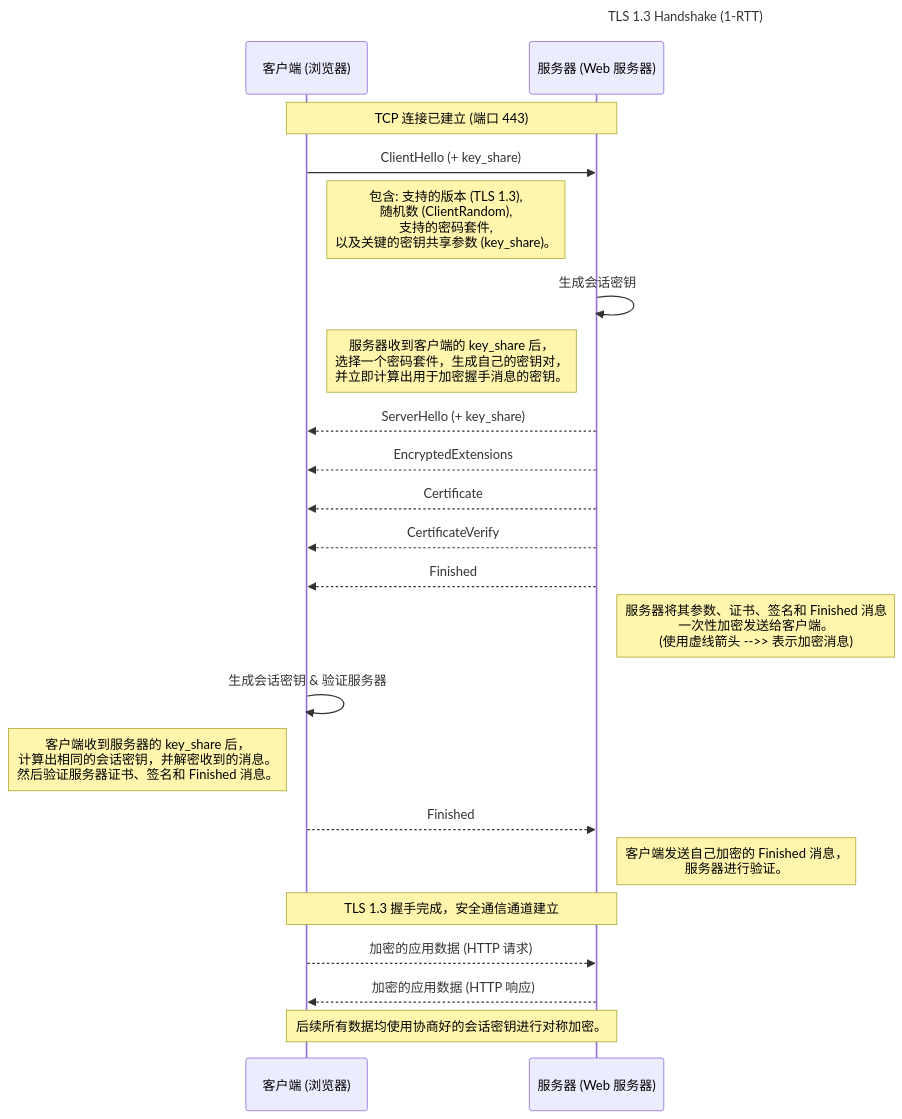
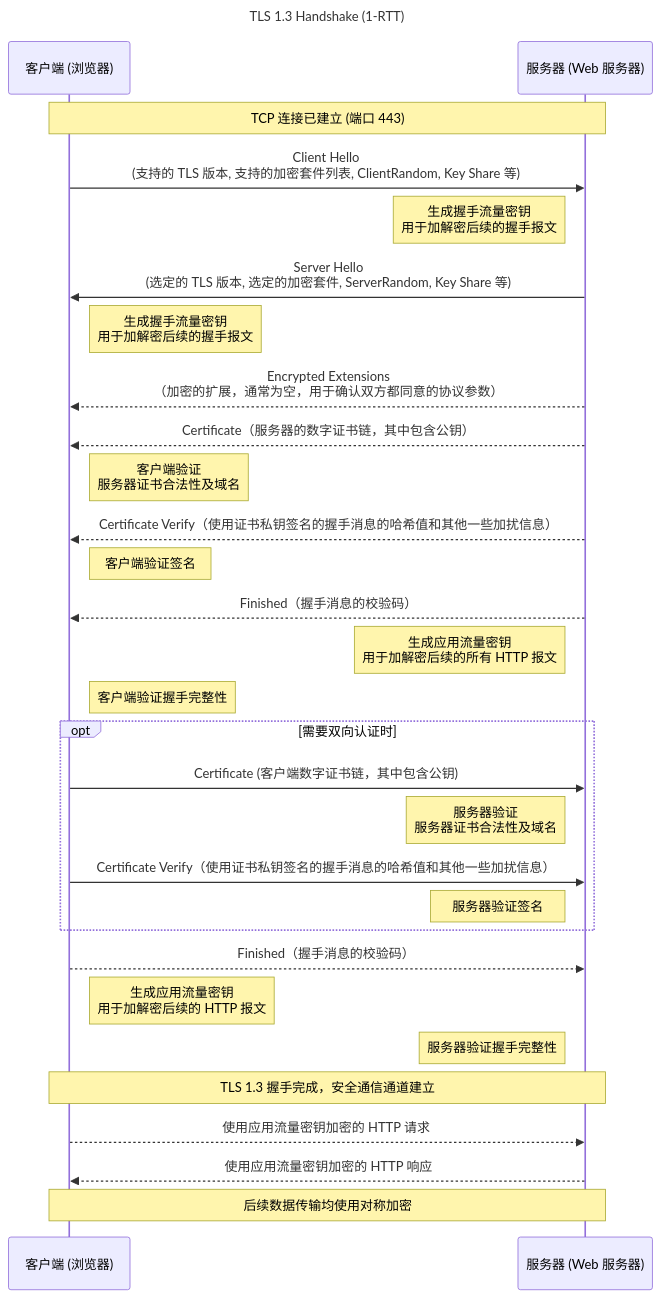
The second of 2 diagrams in _posts/2024-01-07-CNSUM.md (ReAllTh/memo), drawn with Mermaid before and after one commit. The commit also changed other lines of this file, not shown here.

Commit message:
update: add tls 1.3 connection establishment mermaid

````diff
--- a/_posts/2024-01-07-CNSUM.md
+++ b/_posts/2024-01-07-CNSUM.md
@@ -234,34 +234,37 @@
 ```mermaid
 sequenceDiagram
     participant C as 客户端 (浏览器)
     participant S as 服务器 (Web 服务器)
 
     title TLS 1.3 Handshake (1-RTT)
 
     Note over C,S: TCP 连接已建立 (端口 443)
+    C->>S: Client Hello<br/>(支持的 TLS 版本, 支持的加密套件列表, ClientRandom, Key Share 等)
+    Note left of S: 生成握手流量密钥<br/>用于加解密后续的握手报文
+    S->>C: Server Hello<br/>(选定的 TLS 版本, 选定的加密套件, ServerRandom, Key Share 等)
+    Note right of C: 生成握手流量密钥<br/>用于加解密后续的握手报文
+    S-->>C: Encrypted Extensions<br/>（加密的扩展，通常为空，用于确认双方都同意的协议参数）
+    S-->>C: Certificate（服务器的数字证书链，其中包含公钥）
+    Note right of C: 客户端验证<br/>服务器证书合法性及域名
+    S-->>C: Certificate Verify（使用证书私钥签名的握手消息的哈希值和其他一些加扰信息）
+    Note right of C: 客户端验证签名
+    S-->>C: Finished（握手消息的校验码）
+    Note left of S: 生成应用流量密钥<br/>用于加解密后续的所有 HTTP 报文
+    Note right of C: 客户端验证握手完整性
 
-    C->>S: ClientHello (+ key_share)
-    Note right of C: 包含: 支持的版本 (TLS 1.3),<br/>随机数 (ClientRandom),<br/>支持的密码套件,<br/>以及关键的密钥共享参数 (key_share)。
+    opt 需要双向认证时
+        C->>S: Certificate (客户端数字证书链，其中包含公钥)
+        Note left of S: 服务器验证<br/>服务器证书合法性及域名
+        C->>S: Certificate Verify（使用证书私钥签名的握手消息的哈希值和其他一些加扰信息）
+        Note left of S: 服务器验证签名
+    end
 
-    S->>S: 生成会话密钥
-    Note left of S: 服务器收到客户端的 key_share 后，<br/>选择一个密码套件，生成自己的密钥对，<br/>并立即计算出用于加密握手消息的密钥。
-
-    S-->>C: ServerHello (+ key_share)
-    S-->>C: EncryptedExtensions
-    S-->>C: Certificate
-    S-->>C: CertificateVerify
-    S-->>C: Finished
-    Note right of S: 服务器将其参数、证书、签名和 Finished 消息<br/>一次性加密发送给客户端。<br/>(使用虚线箭头 -->> 表示加密消息)
-
-    C->>C: 生成会话密钥 & 验证服务器
-    Note left of C: 客户端收到服务器的 key_share 后，<br/>计算出相同的会话密钥，并解密收到的消息。<br/>然后验证服务器证书、签名和 Finished 消息。
-
-    C-->>S: Finished
-    Note right of S: 客户端发送自己加密的 Finished 消息，<br/>服务器进行验证。
-
+    C-->>S: Finished（握手消息的校验码）
+    Note right of C: 生成应用流量密钥<br/>用于加解密后续的 HTTP 报文
+    Note left of S: 服务器验证握手完整性
+    
     Note over C,S: TLS 1.3 握手完成，安全通信通道建立
-
-    C-->>S: 加密的应用数据 (HTTP 请求)
-    S-->>C: 加密的应用数据 (HTTP 响应)
-    Note over C,S: 后续所有数据均使用协商好的会话密钥进行对称加密。
+    C-->>S: 使用应用流量密钥加密的 HTTP 请求
+    S-->>C: 使用应用流量密钥加密的 HTTP 响应
+    Note over C,S: 后续数据传输均使用对称加密
 ```
````
